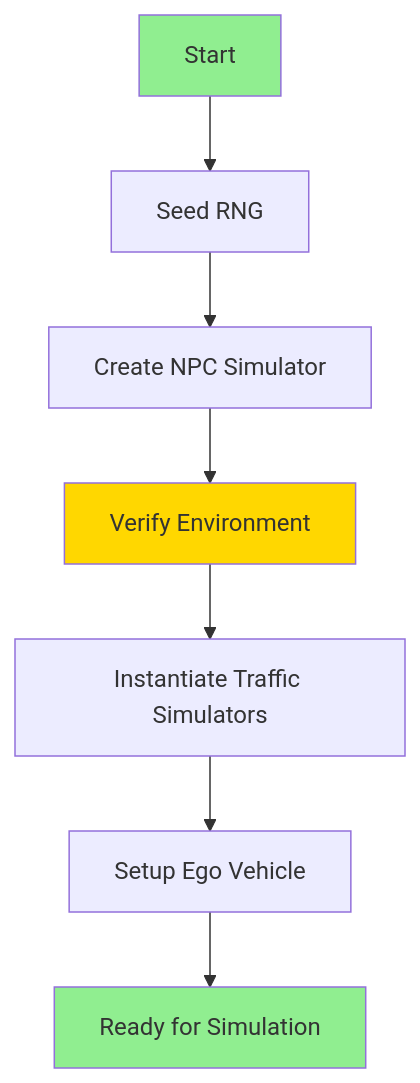
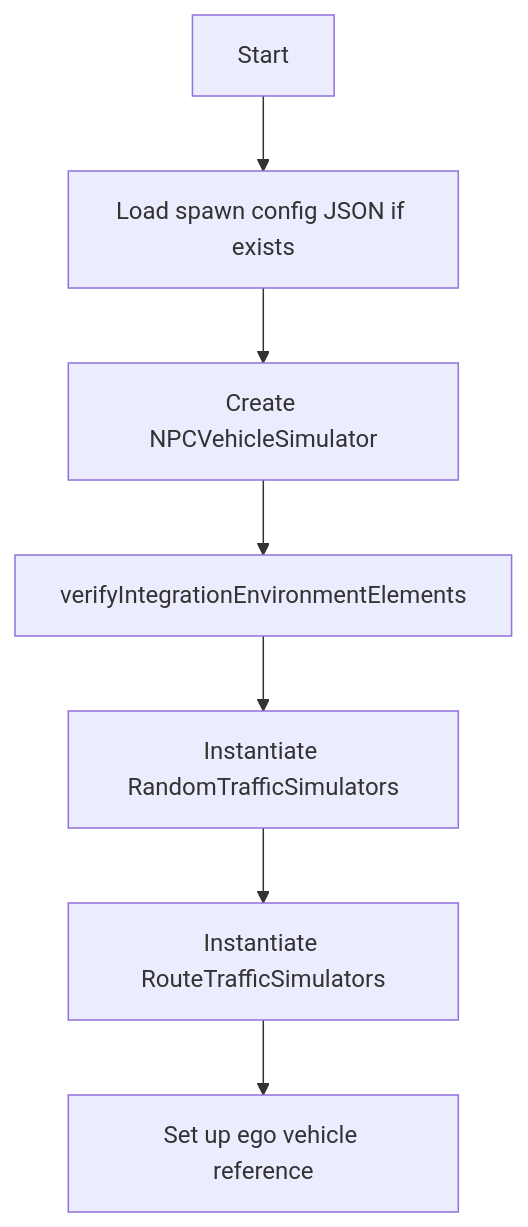
The fifth of 5 diagrams in docs/Components/TrafficManager/index.md (tlab-wide/V2X_E2E_Simulator), drawn with Mermaid before and after one commit. The commit also changed other lines of this file and 8 other files, not shown here.

````diff
--- a/docs/Components/TrafficManager/index.md
+++ b/docs/Components/TrafficManager/index.md
@@ -573,13 +280,9 @@
 ```mermaid
 graph TD
-    A[Start] --> B[Seed RNG]
-    B --> C[Create NPC Simulator]
-    C --> D[Verify Environment]
-    D --> E[Instantiate Traffic Simulators]
-    E --> F[Setup Ego Vehicle]
-    F --> G[Ready for Simulation]
-    
-    style A fill:#90EE90
-    style G fill:#90EE90
-    style D fill:#FFD700
+    A[Start] --> B[Load spawn config JSON if exists]
+    B --> C[Create NPCVehicleSimulator]
+    C --> D[verifyIntegrationEnvironmentElements]
+    D --> E[Instantiate RandomTrafficSimulators]
+    E --> F[Instantiate RouteTrafficSimulators]
+    F --> G[Set up ego vehicle reference]
 ```
````
